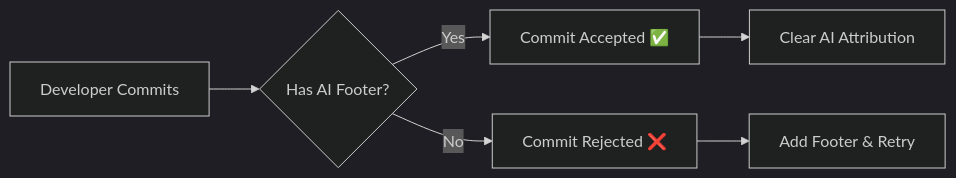
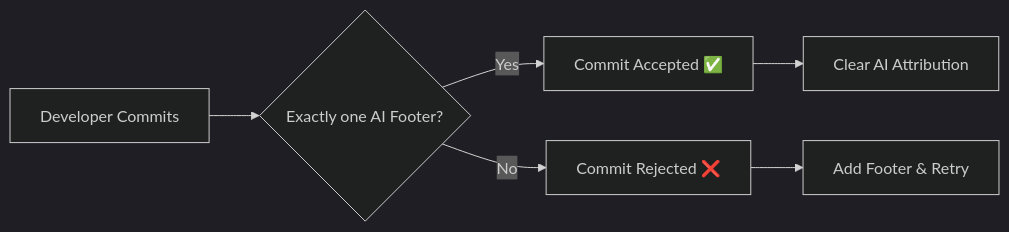
The diagram in README.md (anchildress1/rai-lint), drawn with Mermaid before and after one commit. The commit also changed other lines of this file and 14 other files, not shown here.

First line of the commit message:
fix: reject commits with more than one RAI footer (#154)

````diff
--- a/README.md
+++ b/README.md
@@ -59,9 +59,9 @@
 ```mermaid
 %%{init: {'theme':'dark'}}%%
 flowchart LR
-    A[Developer Commits] --> B{Has AI Footer?}
+    A[Developer Commits] --> B{Exactly one AI Footer?}
     B -->|Yes| C[Commit Accepted ✅]
     B -->|No| D[Commit Rejected ❌]
     C --> E[Clear AI Attribution]
     D --> F[Add Footer & Retry]
 ```
````
